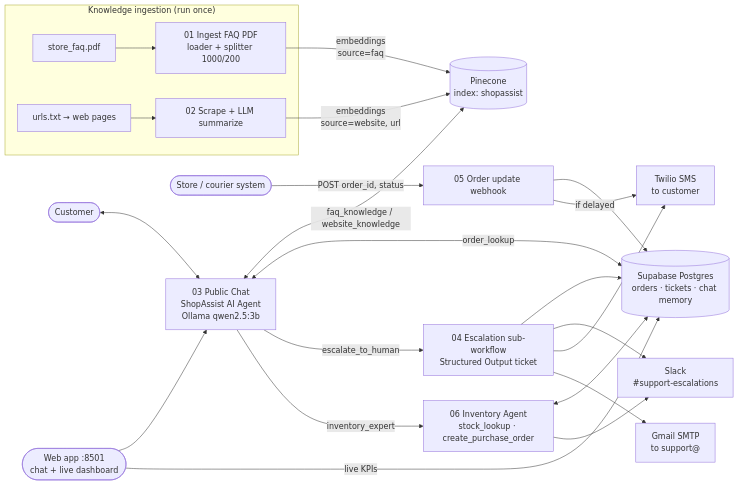
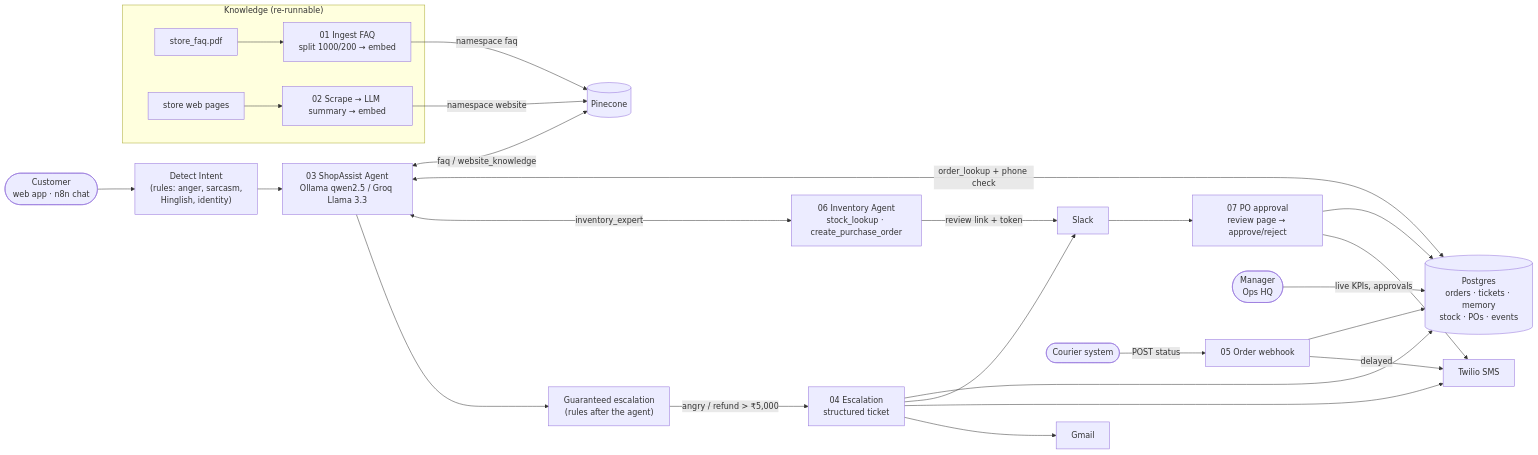
Before and after one commit to kritikab01/ShopAssist-AI: the diagram in README.md, drawn with Mermaid. The commit also changed other lines of this file and 25 other files, not shown here.

First line of the commit message:
Gen Z web app redesign, new screenshots, README and docs for v2

````diff
--- a/README.md
+++ b/README.md
@@ -52,27 +55,24 @@
 ```mermaid
 flowchart LR
-    subgraph Ingestion["Knowledge ingestion (run once)"]
-        PDF["store_faq.pdf"] --> W01["01 Ingest FAQ PDF<br/>loader + splitter 1000/200"]
-        URLS["urls.txt → web pages"] --> W02["02 Scrape + LLM summarize"]
+    subgraph KB["Knowledge (re-runnable)"]
+        PDF["store_faq.pdf"] --> W01["01 Ingest FAQ<br/>split 1000/200 → embed"]
+        WEB["store web pages"] --> W02["02 Scrape → LLM summary → embed"]
     end
-    W01 -- "embeddings<br/>source=faq" --> PC[("Pinecone<br/>index: shopassist")]
-    W02 -- "embeddings<br/>source=website, url" --> PC
+    W01 -->|"namespace faq"| PC[("Pinecone")]
+    W02 -->|"namespace website"| PC
 
-    C(["Customer"]) <--> CHAT["03 Public Chat<br/>ShopAssist AI Agent<br/>Ollama qwen2.5:3b"]
-    CHAT <-->|"faq_knowledge / website_knowledge"| PC
-    CHAT <-->|"order_lookup"| PG[("Supabase Postgres<br/>orders · tickets · chat memory")]
-    CHAT -->|"escalate_to_human"| W04["04 Escalation sub-workflow<br/>Structured Output ticket"]
-    W04 --> PG
-    W04 --> SL["Slack<br/>#support-escalations"]
-    W04 --> TW["Twilio SMS<br/>to customer"]
-    W04 --> EM["Gmail SMTP<br/>to support@"]
-
-    SYS(["Store / courier system"]) -->|"POST order_id, status"| W05["05 Order update webhook"]
-    W05 --> PG
-    W05 -->|"if delayed"| TW
-    CHAT -->|"inventory_expert"| W06["06 Inventory Agent<br/>stock_lookup · create_purchase_order"]
-    W06 <--> PG
-    W06 --> SL
-    APP(["Web app :8501<br/>chat + live dashboard"]) --> CHAT
-    APP -->|"live KPIs"| PG
+    C(["Customer<br/>web app · n8n chat"]) --> GI["Detect Intent<br/>(rules: anger, sarcasm,<br/>Hinglish, identity)"]
+    GI --> AG["03 ShopAssist Agent<br/>Ollama qwen2.5 / Groq Llama 3.3"]
+    AG <-->|"faq / website_knowledge"| PC
+    AG <-->|"order_lookup + phone check"| PG[("Postgres<br/>orders · tickets · memory<br/>stock · POs · events")]
+    AG <-->|"inventory_expert"| W06["06 Inventory Agent<br/>stock_lookup · create_purchase_order"]
+    AG --> SAFE["Guaranteed escalation<br/>(rules after the agent)"]
+    SAFE -->|"angry / refund > ₹5,000"| W04["04 Escalation<br/>structured ticket"]
+    W04 --> PG & SL["Slack"] & SMS["Twilio SMS"] & EM["Gmail"]
+    W06 -->|"review link + token"| SL
+    SL --> W07["07 PO approval<br/>review page → approve/reject"]
+    W07 --> PG & SMS
+    SYS(["Courier system"]) -->|"POST status"| W05["05 Order webhook"] --> PG
+    W05 -->|"delayed"| SMS
+    OPS(["Manager<br/>Ops HQ"]) -->|"live KPIs, approvals"| PG
 ```
````
